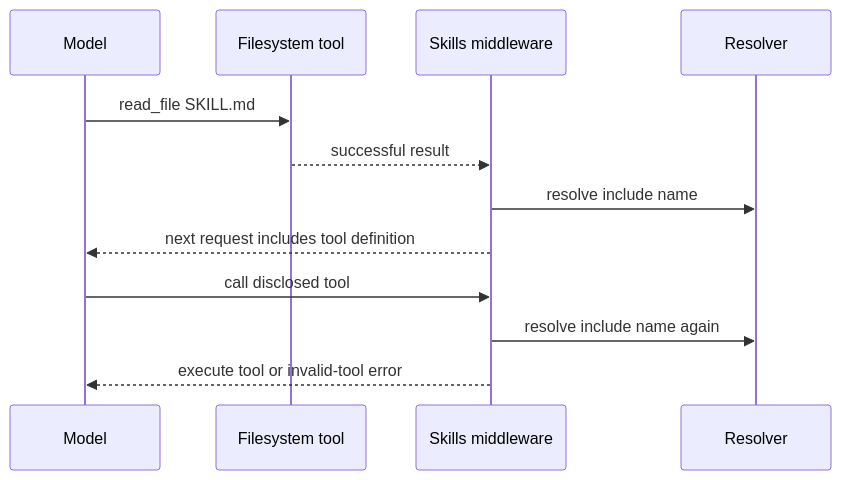
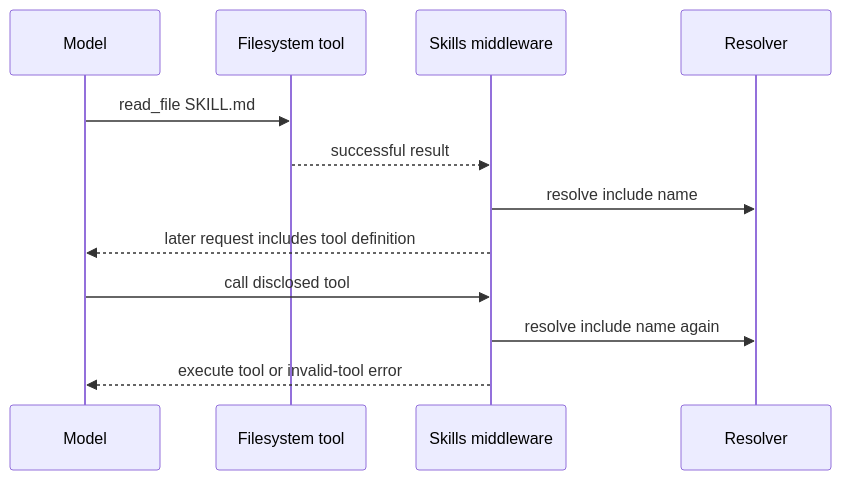
One commit to langchain-ai/deepagents changed the fourth of 4 diagrams in openwiki/concepts/subagents-skills.md. Above: the diagram before and after it, drawn with Mermaid. The commit also changed other lines of this file and 28 other files, not shown here.

````diff
--- a/openwiki/concepts/subagents-skills.md
+++ b/openwiki/concepts/subagents-skills.md
@@ -142,14 +142,14 @@
 ```mermaid
 sequenceDiagram
     participant Model
     participant Files as Filesystem tool
     participant Skills as Skills middleware
     participant Resolver
     Model->>Files: read_file SKILL.md
     Files-->>Skills: successful result
     Skills->>Resolver: resolve include name
-    Skills-->>Model: next request includes tool definition
+    Skills-->>Model: later request includes tool definition
     Model->>Skills: call disclosed tool
     Skills->>Resolver: resolve include name again
     Skills-->>Model: execute tool or invalid-tool error
 ```
````
